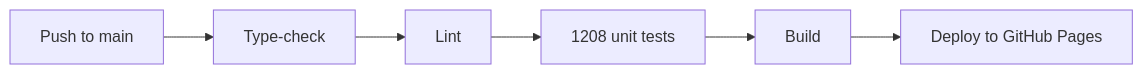
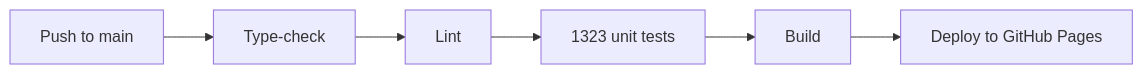
The sixth of 6 diagrams in README.md (rmaytr/Cairn_Task_Tracking_App), drawn with Mermaid before and after one commit. The commit also changed other lines of this file and 2 other files, not shown here.

````diff
--- a/README.md
+++ b/README.md
@@ -399,4 +423,4 @@
 ```mermaid
 flowchart LR
-  P[Push to main] --> T[Type-check] --> L[Lint] --> U["1208 unit tests"] --> B[Build] --> D[Deploy to GitHub Pages]
+  P[Push to main] --> T[Type-check] --> L[Lint] --> U["1323 unit tests"] --> B[Build] --> D[Deploy to GitHub Pages]
 ```
````
